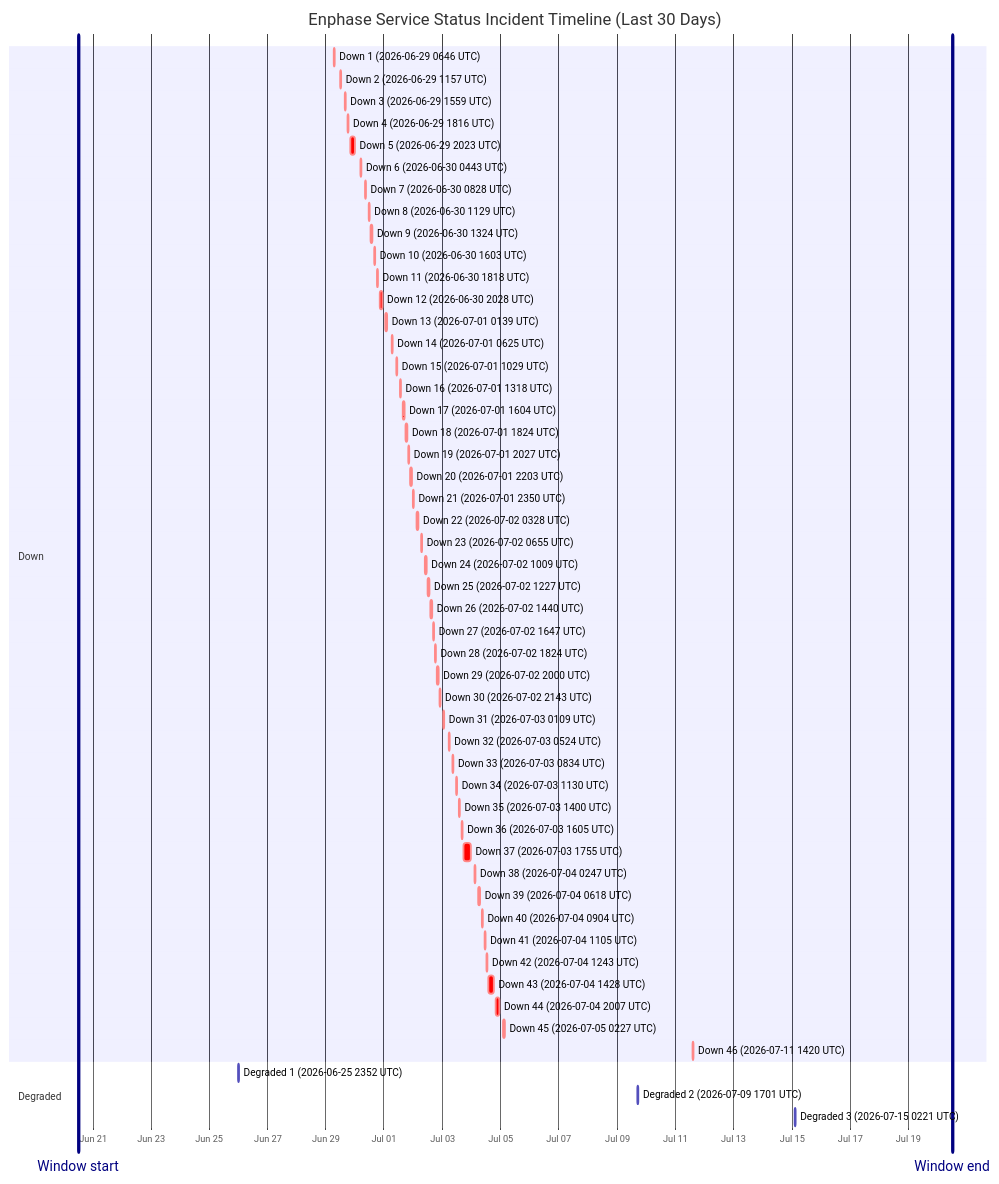
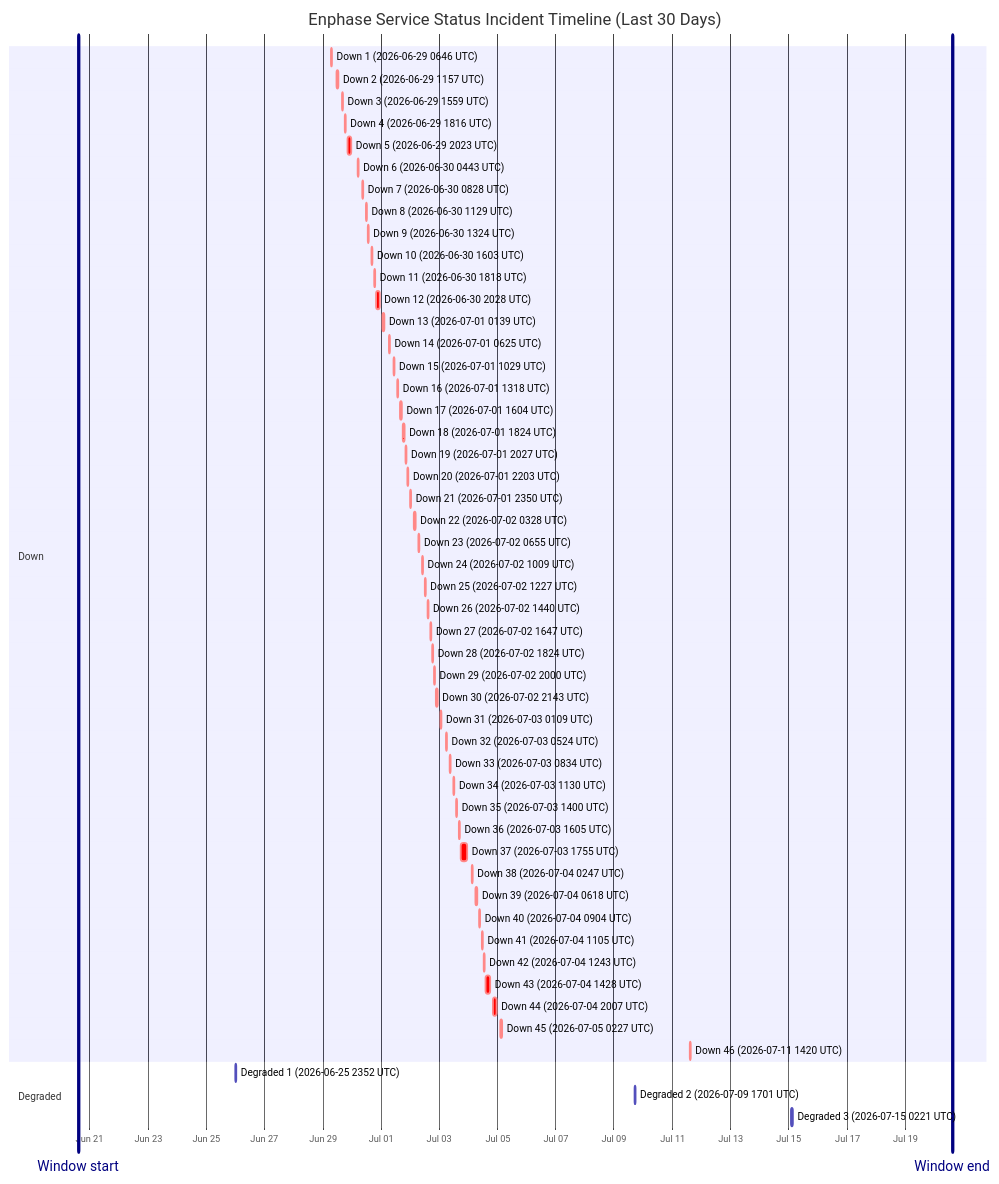
Before and after one commit to barneyonline/ha-enphase-energy: the diagram in wiki/Service-Status-History.md, drawn with Mermaid. The commit also changed other lines of this file and 3 other files, not shown here.

````diff
--- a/wiki/Service-Status-History.md
+++ b/wiki/Service-Status-History.md
@@ -14,59 +14,59 @@
 ```mermaid
 gantt
     title Enphase Service Status Incident Timeline (Last 30 Days)
     dateFormat  YYYY-MM-DDTHH:mm:ss
     axisFormat  %b %d
-    Window start :vert, window-start, 2026-06-20T12:14:58, 0ms
-    Window end :vert, window-end, 2026-07-20T12:14:58, 0ms
+    Window start :vert, window-start, 2026-06-20T14:37:28, 0ms
+    Window end :vert, window-end, 2026-07-20T14:37:28, 0ms
     section Down
     Down 1 (2026-06-29 0646 UTC) :crit, down-1, 2026-06-29T06:46:18, 60m
     Down 2 (2026-06-29 1157 UTC) :crit, down-2, 2026-06-29T11:57:36, 60m
     Down 3 (2026-06-29 1559 UTC) :crit, down-3, 2026-06-29T15:59:02, 60m
     Down 4 (2026-06-29 1816 UTC) :crit, down-4, 2026-06-29T18:16:38, 60m
     Down 5 (2026-06-29 2023 UTC) :crit, down-5, 2026-06-29T20:23:16, 220m
     Down 6 (2026-06-30 0443 UTC) :crit, down-6, 2026-06-30T04:43:54, 60m
     Down 7 (2026-06-30 0828 UTC) :crit, down-7, 2026-06-30T08:28:43, 60m
     Down 8 (2026-06-30 1129 UTC) :crit, down-8, 2026-06-30T11:29:15, 60m
     Down 9 (2026-06-30 1324 UTC) :crit, down-9, 2026-06-30T13:24:25, 60m
     Down 10 (2026-06-30 1603 UTC) :crit, down-10, 2026-06-30T16:03:26, 60m
     Down 11 (2026-06-30 1818 UTC) :crit, down-11, 2026-06-30T18:18:39, 60m
     Down 12 (2026-06-30 2028 UTC) :crit, down-12, 2026-06-30T20:28:54, 171m
     Down 13 (2026-07-01 0139 UTC) :crit, down-13, 2026-07-01T01:39:18, 60m
     Down 14 (2026-07-01 0625 UTC) :crit, down-14, 2026-07-01T06:25:35, 60m
     Down 15 (2026-07-01 1029 UTC) :crit, down-15, 2026-07-01T10:29:24, 60m
     Down 16 (2026-07-01 1318 UTC) :crit, down-16, 2026-07-01T13:18:31, 60m
     Down 17 (2026-07-01 1604 UTC) :crit, down-17, 2026-07-01T16:04:29, 60m
     Down 18 (2026-07-01 1824 UTC) :crit, down-18, 2026-07-01T18:24:21, 60m
     Down 19 (2026-07-01 2027 UTC) :crit, down-19, 2026-07-01T20:27:17, 60m
     Down 20 (2026-07-01 2203 UTC) :crit, down-20, 2026-07-01T22:03:46, 60m
     Down 21 (2026-07-01 2350 UTC) :crit, down-21, 2026-07-01T23:50:52, 60m
     Down 22 (2026-07-02 0328 UTC) :crit, down-22, 2026-07-02T03:28:33, 60m
     Down 23 (2026-07-02 0655 UTC) :crit, down-23, 2026-07-02T06:55:07, 60m
     Down 24 (2026-07-02 1009 UTC) :crit, down-24, 2026-07-02T10:09:15, 60m
     Down 25 (2026-07-02 1227 UTC) :crit, down-25, 2026-07-02T12:27:49, 60m
     Down 26 (2026-07-02 1440 UTC) :crit, down-26, 2026-07-02T14:40:53, 60m
     Down 27 (2026-07-02 1647 UTC) :crit, down-27, 2026-07-02T16:47:47, 60m
     Down 28 (2026-07-02 1824 UTC) :crit, down-28, 2026-07-02T18:24:26, 60m
     Down 29 (2026-07-02 2000 UTC) :crit, down-29, 2026-07-02T20:00:57, 60m
     Down 30 (2026-07-02 2143 UTC) :crit, down-30, 2026-07-02T21:43:52, 80m
     Down 31 (2026-07-03 0109 UTC) :crit, down-31, 2026-07-03T01:09:19, 60m
     Down 32 (2026-07-03 0524 UTC) :crit, down-32, 2026-07-03T05:24:23, 60m
     Down 33 (2026-07-03 0834 UTC) :crit, down-33, 2026-07-03T08:34:05, 60m
     Down 34 (2026-07-03 1130 UTC) :crit, down-34, 2026-07-03T11:30:41, 60m
     Down 35 (2026-07-03 1400 UTC) :crit, down-35, 2026-07-03T14:00:48, 60m
     Down 36 (2026-07-03 1605 UTC) :crit, down-36, 2026-07-03T16:05:49, 60m
     Down 37 (2026-07-03 1755 UTC) :crit, down-37, 2026-07-03T17:55:54, 338m
     Down 38 (2026-07-04 0247 UTC) :crit, down-38, 2026-07-04T02:47:22, 60m
     Down 39 (2026-07-04 0618 UTC) :crit, down-39, 2026-07-04T06:18:09, 60m
     Down 40 (2026-07-04 0904 UTC) :crit, down-40, 2026-07-04T09:04:41, 60m
     Down 41 (2026-07-04 1105 UTC) :crit, down-41, 2026-07-04T11:05:21, 60m
     Down 42 (2026-07-04 1243 UTC) :crit, down-42, 2026-07-04T12:43:25, 60m
     Down 43 (2026-07-04 1428 UTC) :crit, down-43, 2026-07-04T14:28:07, 243m
     Down 44 (2026-07-04 2007 UTC) :crit, down-44, 2026-07-04T20:07:50, 206m
     Down 45 (2026-07-05 0227 UTC) :crit, down-45, 2026-07-05T02:27:32, 109m
     Down 46 (2026-07-11 1420 UTC) :crit, down-46, 2026-07-11T14:20:54, 69m
     section Degraded
     Degraded 1 (2026-06-25 2352 UTC) :active, degraded-1, 2026-06-25T23:52:01, 60m
     Degraded 2 (2026-07-09 1701 UTC) :active, degraded-2, 2026-07-09T17:01:02, 60m
     Degraded 3 (2026-07-15 0221 UTC) :active, degraded-3, 2026-07-15T02:21:35, 60m
 ```
````
